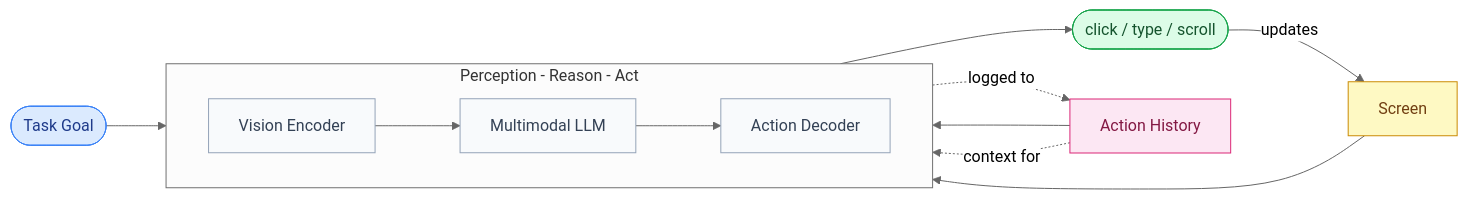
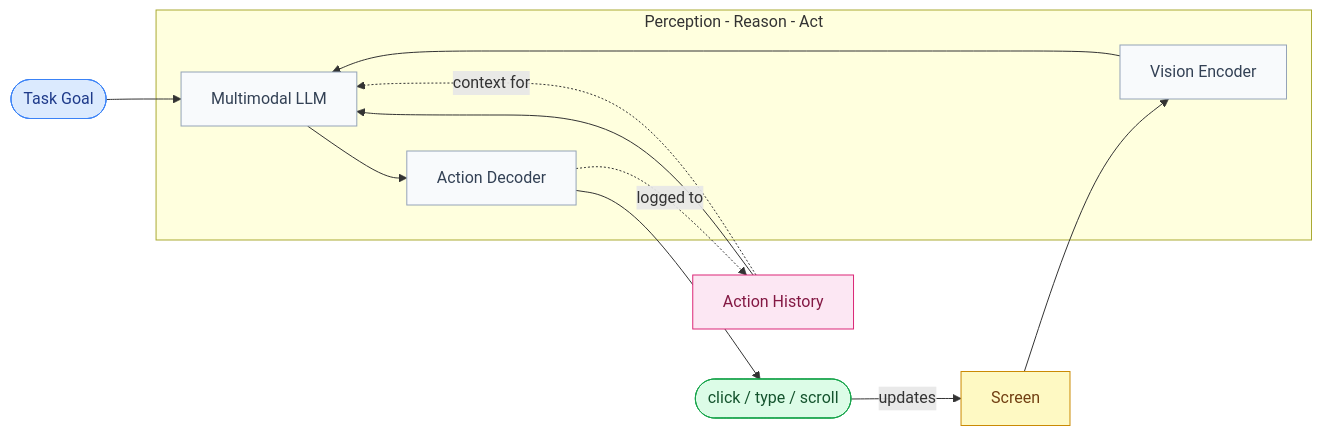
The diagram in sumehta.github.io/_posts/2026-05-30-computer-use-agents.md (sumehta/sumehta.github.io), drawn with Mermaid before and after one commit.

Commit message:
Simplify Mermaid diagram to fix Mermaid 11 syntax error
Removed %%{init}%% block (single-quote JSON invalid in v11),
removed direction LR inside subgraph, quoted all multi-word edge labels.

```diff
--- a/sumehta.github.io/_posts/2026-05-30-computer-use-agents.md
+++ b/sumehta.github.io/_posts/2026-05-30-computer-use-agents.md
@@ -52,33 +52,31 @@
 <div class="mermaid">
-%%{init: {'theme': 'neutral', 'flowchart': {'curve': 'basis', 'nodeSpacing': 50, 'rankSpacing': 60}}}%%
 flowchart LR
     goal(["Task Goal"])
     output(["click / type / scroll"])
 
     subgraph agent["Perception - Reason - Act"]
-        direction LR
         perceive["Vision Encoder"]
         reason["Multimodal LLM"]
         act["Action Decoder"]
         perceive --> reason --> act
     end
 
     screen["Screen"]
     history["Action History"]
 
-    goal      --> reason
-    screen    --> perceive
-    history   --> reason
-    act       --> output
-    output    -->|updates| screen
-    act      -.->|logged to| history
-    history  -.->|context for| reason
+    goal --> reason
+    screen --> perceive
+    history --> reason
+    act --> output
+    output -->|"updates"| screen
+    act -.->|"logged to"| history
+    history -.->|"context for"| reason
 
-    style goal    fill:#dbeafe,stroke:#3b82f6,color:#1e3a8a
-    style output  fill:#dcfce7,stroke:#16a34a,color:#14532d
-    style screen  fill:#fef9c3,stroke:#ca8a04,color:#713f12
+    style goal fill:#dbeafe,stroke:#3b82f6,color:#1e3a8a
+    style output fill:#dcfce7,stroke:#16a34a,color:#14532d
+    style screen fill:#fef9c3,stroke:#ca8a04,color:#713f12
     style history fill:#fce7f3,stroke:#db2777,color:#831843
     style perceive fill:#f8fafc,stroke:#94a3b8,color:#334155
-    style reason   fill:#f8fafc,stroke:#94a3b8,color:#334155
-    style act      fill:#f8fafc,stroke:#94a3b8,color:#334155
+    style reason fill:#f8fafc,stroke:#94a3b8,color:#334155
+    style act fill:#f8fafc,stroke:#94a3b8,color:#334155
 </div>
```
